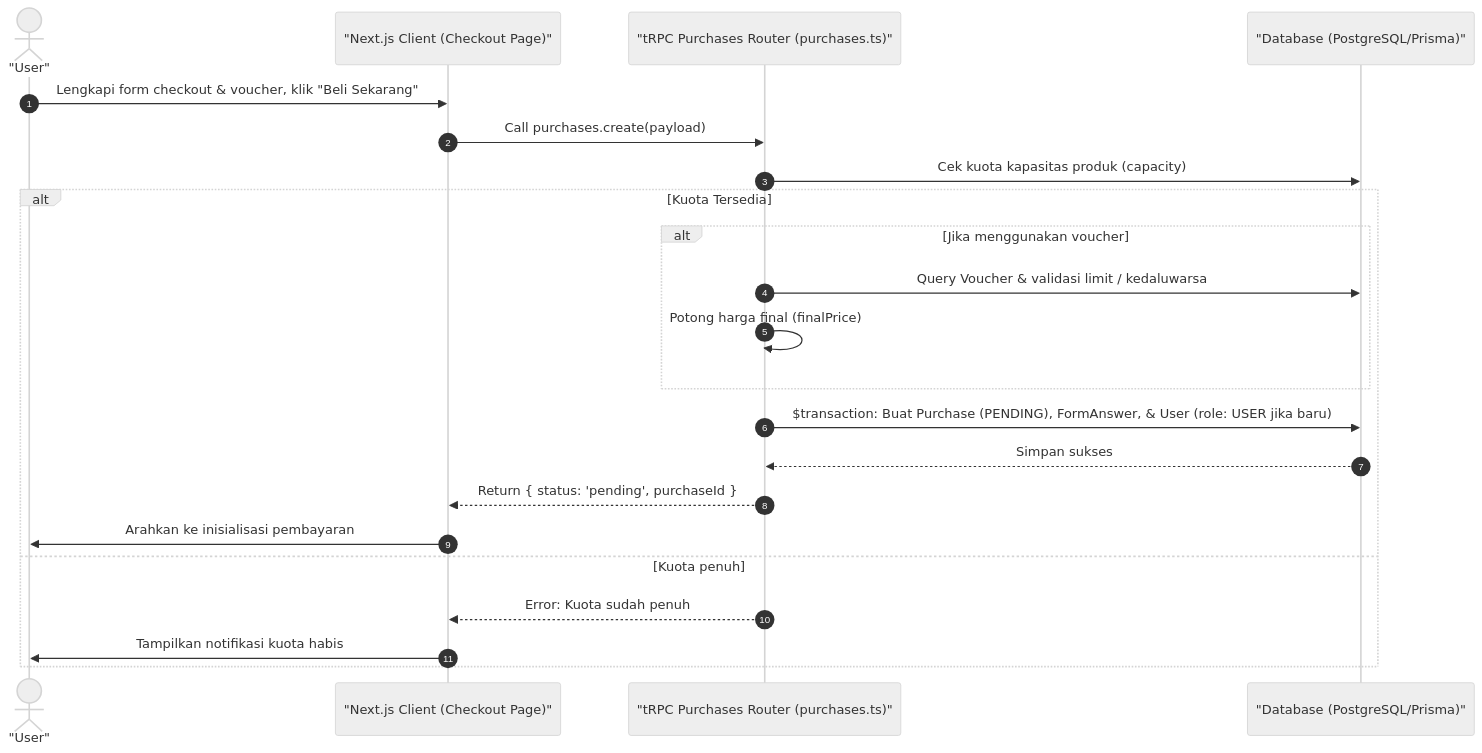
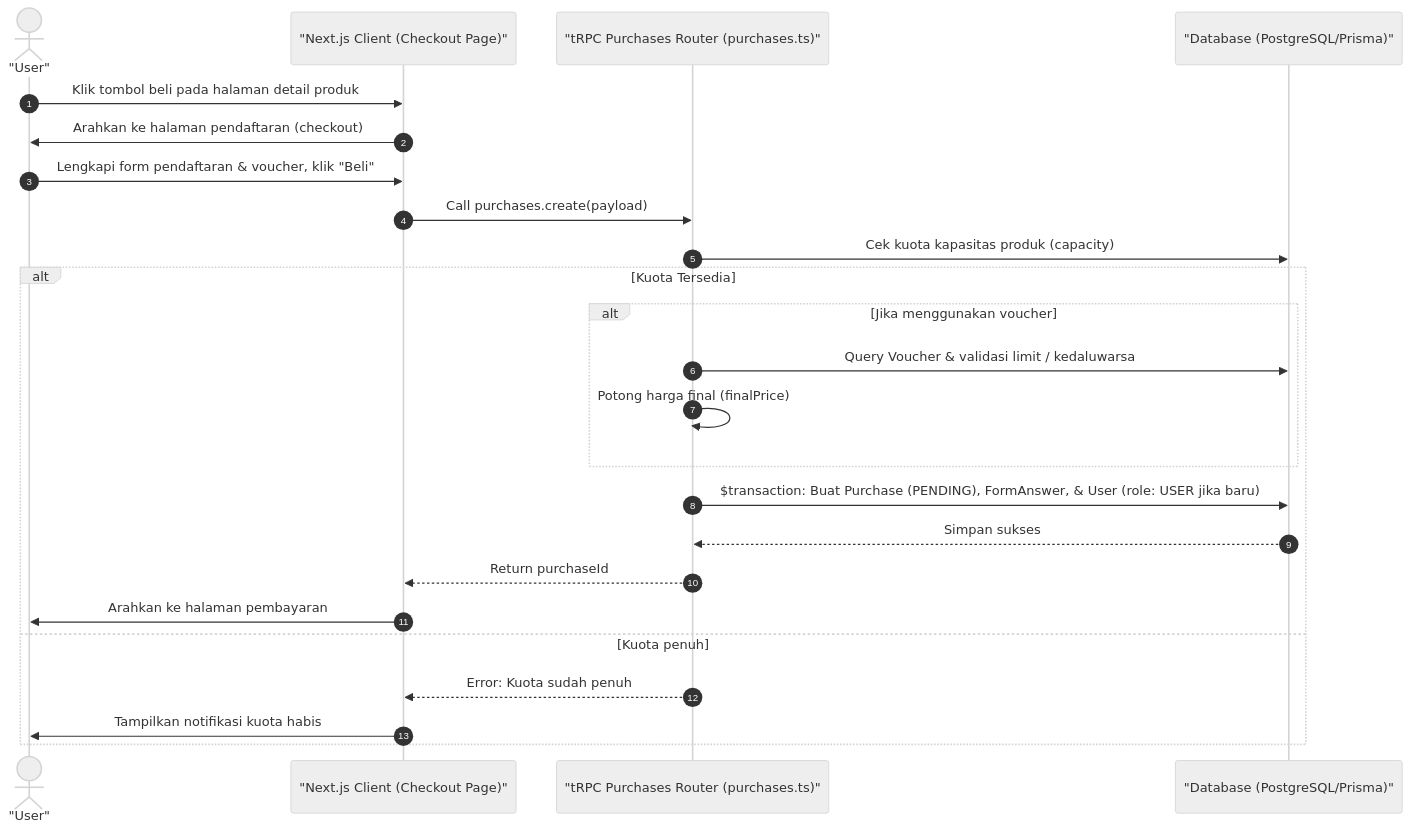
Before and after one commit to luputer/CuanIN: the diagram in docs/46-buyer-checkout.md, drawn with Mermaid (neutral theme). The commit also changed 7 other files, not shown here.

Commit message:
perbaiki sequence

````diff
--- a/docs/46-buyer-checkout.md
+++ b/docs/46-buyer-checkout.md
@@ -5,26 +5,28 @@
 ```mermaid
 sequenceDiagram
     autonumber
     actor User as "User"
     participant Client as "Next.js Client (Checkout Page)"
     participant Server as "tRPC Purchases Router (purchases.ts)"
     participant DB as "Database (PostgreSQL/Prisma)"
 
-    User->>Client: Lengkapi form checkout & voucher, klik "Beli Sekarang"
+    User->>Client: Klik tombol beli pada halaman detail produk
+    Client->>User: Arahkan ke halaman pendaftaran (checkout)
+    User->>Client: Lengkapi form pendaftaran & voucher, klik "Beli"
     Client->>Server: Call purchases.create(payload)
     Server->>DB: Cek kuota kapasitas produk (capacity)
     alt Kuota Tersedia
         alt Jika menggunakan voucher
             Server->>DB: Query Voucher & validasi limit / kedaluwarsa
             Server->>Server: Potong harga final (finalPrice)
         end
         Server->>DB: $transaction: Buat Purchase (PENDING), FormAnswer, & User (role: USER jika baru)
         DB-->>Server: Simpan sukses
-        Server-->>Client: Return { status: 'pending', purchaseId }
-        Client->>User: Arahkan ke inisialisasi pembayaran
+        Server-->>Client: Return purchaseId
+        Client->>User: Arahkan ke halaman pembayaran
     else Kuota penuh
         Server-->>Client: Error: Kuota sudah penuh
         Client->>User: Tampilkan notifikasi kuota habis
     end
 
 ```
````
